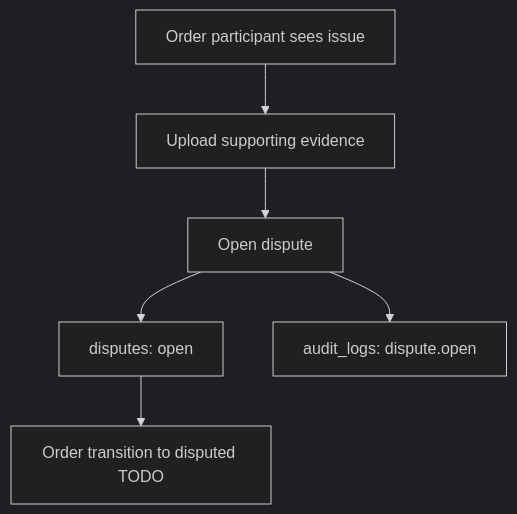
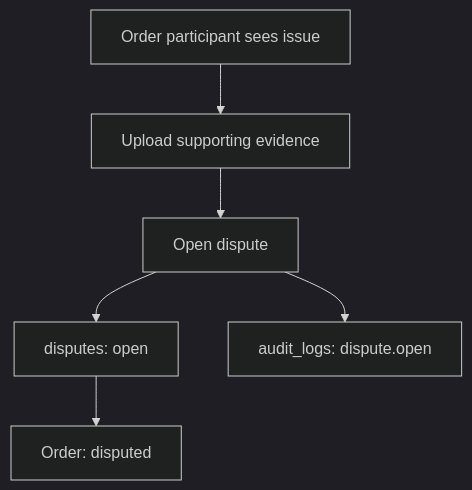
Before and after one commit to Alserial/Luggage_Courier_Service: the third of 4 diagrams in docs/architecture/evidence-dispute-flow.md, drawn with Mermaid (dark theme). The commit also changed other lines of this file and 6 other files, not shown here.

Commit message:
Align backend payment handover dispute flows

````diff
--- a/docs/architecture/evidence-dispute-flow.md
+++ b/docs/architecture/evidence-dispute-flow.md
@@ -93,8 +94,8 @@
 ```mermaid
 flowchart TD
   A["Order participant sees issue"] --> B["Upload supporting evidence"]
   B --> C["Open dispute"]
   C --> D["disputes: open"]
   C --> E["audit_logs: dispute.open"]
-  D --> F["Order transition to disputed TODO"]
+  D --> F["Order: disputed"]
 ```
````
